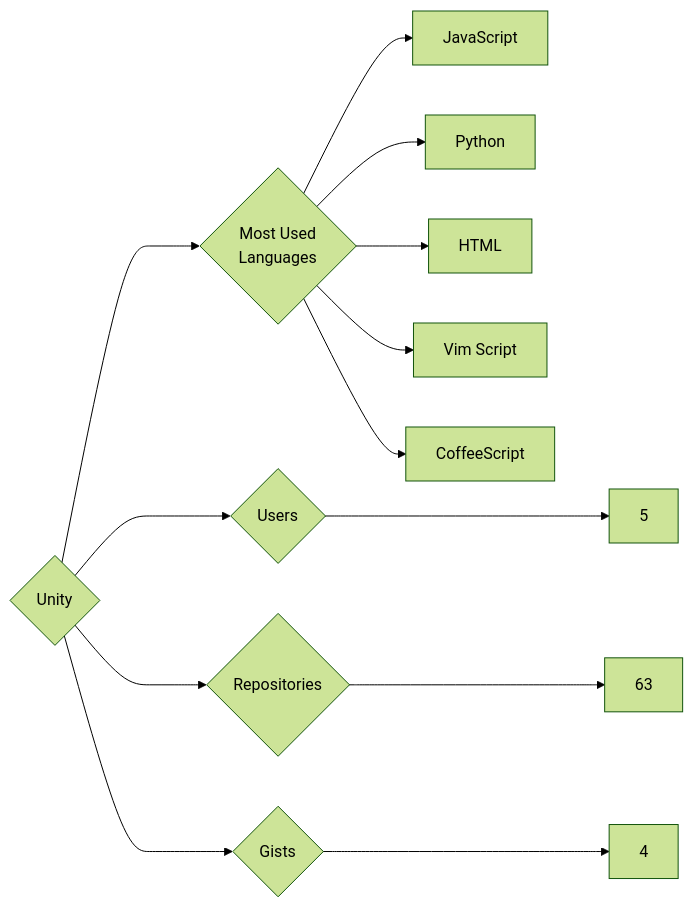
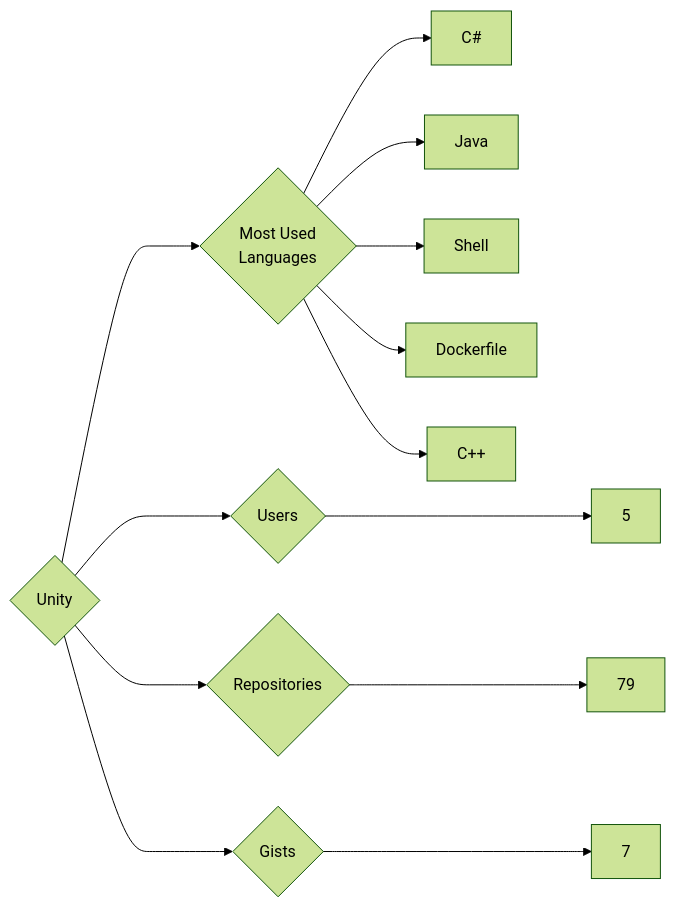
One commit to trickest/insiders changed the diagram in targets/Unity/README.md. Above: the diagram before and after it, drawn with Mermaid (forest theme). The commit also changed 1496 other files, not shown here.

````diff
--- a/targets/Unity/README.md
+++ b/targets/Unity/README.md
@@ -3,13 +3,13 @@
 ```mermaid
 graph LR
 COMPANY_NAME{Unity}
 COMPANY_NAME ---> U{Users} ---> UN[5]
-COMPANY_NAME ---> R{Repositories} ---> RN[63]
-COMPANY_NAME ---> G{Gists} ---> GN[4]
+COMPANY_NAME ---> R{Repositories} ---> RN[79]
+COMPANY_NAME ---> G{Gists} ---> GN[7]
 COMPANY_NAME ---> ML{Most Used<br>Languages}
-ML --> JavaScript[JavaScript]
-ML --> Python[Python]
-ML --> HTML[HTML]
-ML --> Vim_Script[Vim Script]
-ML --> CoffeeScript[CoffeeScript]
+ML --> C#[C#]
+ML --> Java[Java]
+ML --> Shell[Shell]
+ML --> Dockerfile[Dockerfile]
+ML --> C++[C++]
 ```
````
